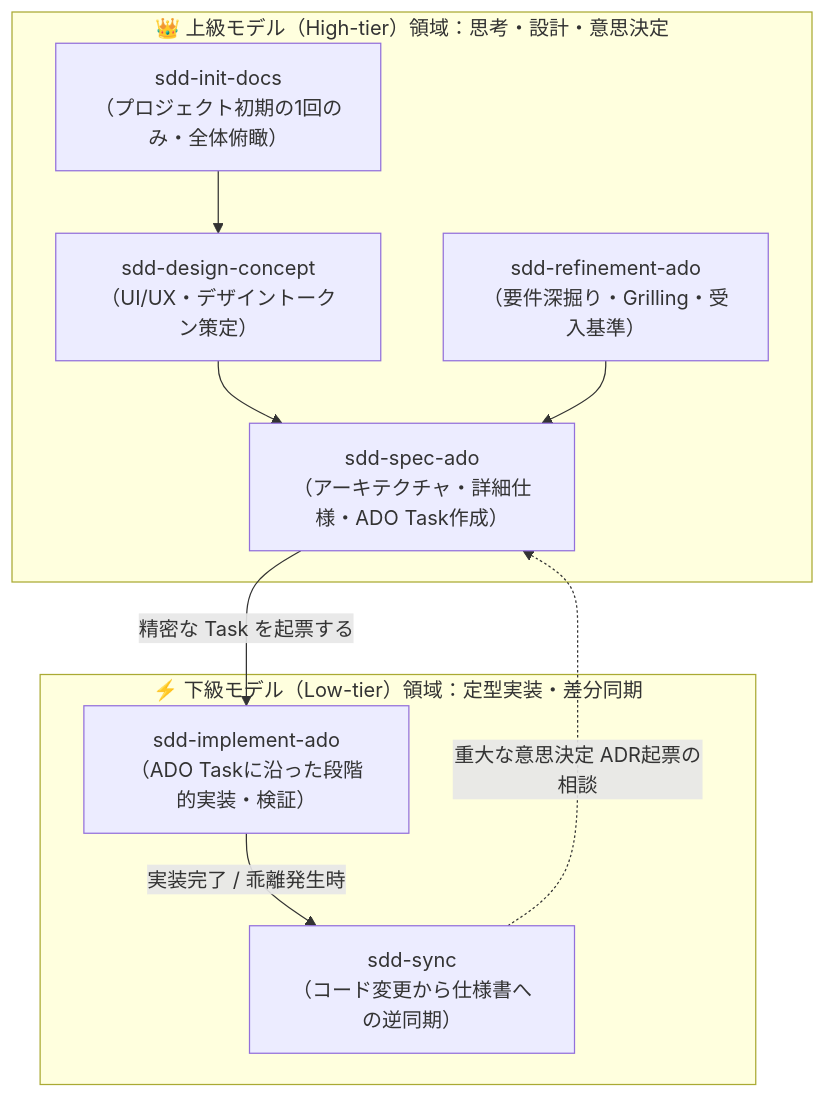
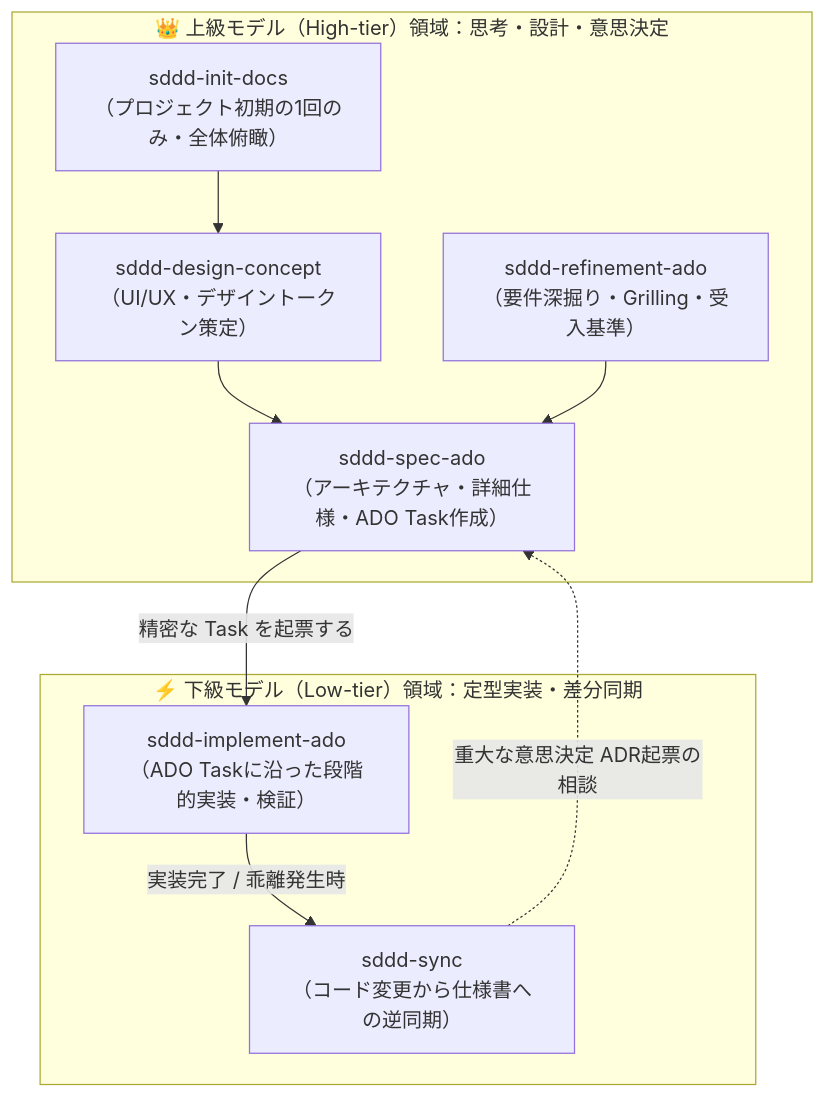
The first of 3 diagrams in README.md (takahashimasaya00/my-skills), drawn with Mermaid before and after one commit. The commit also changed other lines of this file and 13 other files, not shown here.

````diff
--- a/README.md
+++ b/README.md
@@ -64,21 +67,21 @@
 ```mermaid
 flowchart TD
     subgraph UpperTier ["👑 上級モデル（High-tier）領域：思考・設計・意思決定"]
-        Init["sdd-init-docs<br/>（プロジェクト初期の1回のみ・全体俯瞰）"]
-        Concept["sdd-design-concept<br/>（UI/UX・デザイントークン策定）"]
-        Refine["sdd-refinement-ado<br/>（要件深掘り・Grilling・受入基準）"]
-        Spec["sdd-spec-ado<br/>（アーキテクチャ・詳細仕様・ADO Task作成）"]
+        Init["sddd-init-docs<br/>（プロジェクト初期の1回のみ・全体俯瞰）"]
+        Concept["sddd-design-concept<br/>（UI/UX・デザイントークン策定）"]
+        Refine["sddd-refinement-ado<br/>（要件深掘り・Grilling・受入基準）"]
+        Spec["sddd-spec-ado<br/>（アーキテクチャ・詳細仕様・ADO Task作成）"]
     end
 
     subgraph LowerTier ["⚡ 下級モデル（Low-tier）領域：定型実装・差分同期"]
-        Implement["sdd-implement-ado<br/>（ADO Taskに沿った段階的実装・検証）"]
-        Sync["sdd-sync<br/>（コード変更から仕様書への逆同期）"]
+        Implement["sddd-implement-ado<br/>（ADO Taskに沿った段階的実装・検証）"]
+        Sync["sddd-sync<br/>（コード変更から仕様書への逆同期）"]
     end
 
     Init --> Concept
     Concept --> Spec
     Refine --> Spec
     Spec -->|精密な Task を起票する| Implement
     Implement -->|実装完了 / 乖離発生時| Sync
     Sync -.->|重大な意思決定 ADR起票の相談| Spec
 ```
````
